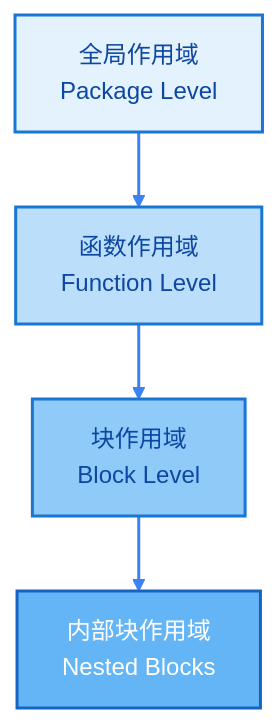
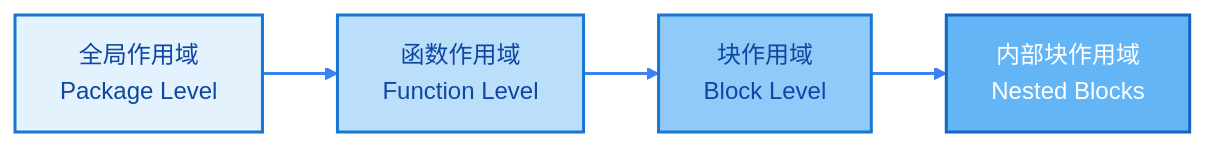
One commit to lazygophers/knowledge changed the first of 2 diagrams in docs/zh/golang/fundamentals/variable-lifecycle.mdx. Above: the diagram before and after it, drawn with Mermaid. The commit also changed 6 other files, not shown here.

````diff
--- a/docs/zh/golang/fundamentals/variable-lifecycle.mdx
+++ b/docs/zh/golang/fundamentals/variable-lifecycle.mdx
@@ -14,18 +14,18 @@
 ```mermaid
 %%{init: {'theme':'base', 'themeVariables': { 'lineColor':'#3b82f6', 'primaryColor':'#e3f2fd', 'primaryTextColor':'#0d47a1'}}}%%
-flowchart TD
+flowchart LR
     A[全局作用域<br/>Package Level] --> B[函数作用域<br/>Function Level]
     B --> C[块作用域<br/>Block Level]
     C --> D[内部块作用域<br/>Nested Blocks]
 
     linkStyle default stroke:#3b82f6,stroke-width:2px
     classDef globalScope fill:#e3f2fd,stroke:#1976d2,stroke-width:2px,color:#0d47a1
     classDef functionScope fill:#bbdefb,stroke:#1976d2,stroke-width:2px,color:#0d47a1
     classDef blockScope fill:#90caf9,stroke:#1976d2,stroke-width:2px,color:#0d47a1
     classDef nestedScope fill:#64b5f6,stroke:#1565c0,stroke-width:2px,color:#ffffff
 
     class A globalScope
     class B functionScope
     class C blockScope
     class D nestedScope
 ```
````
